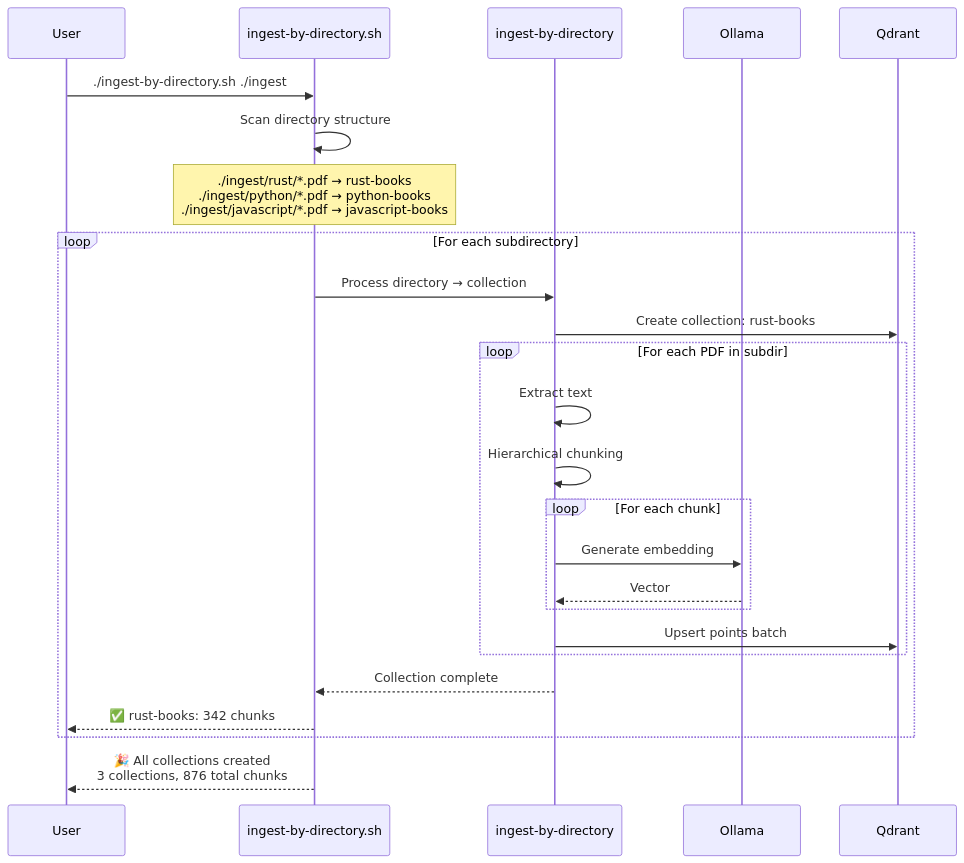
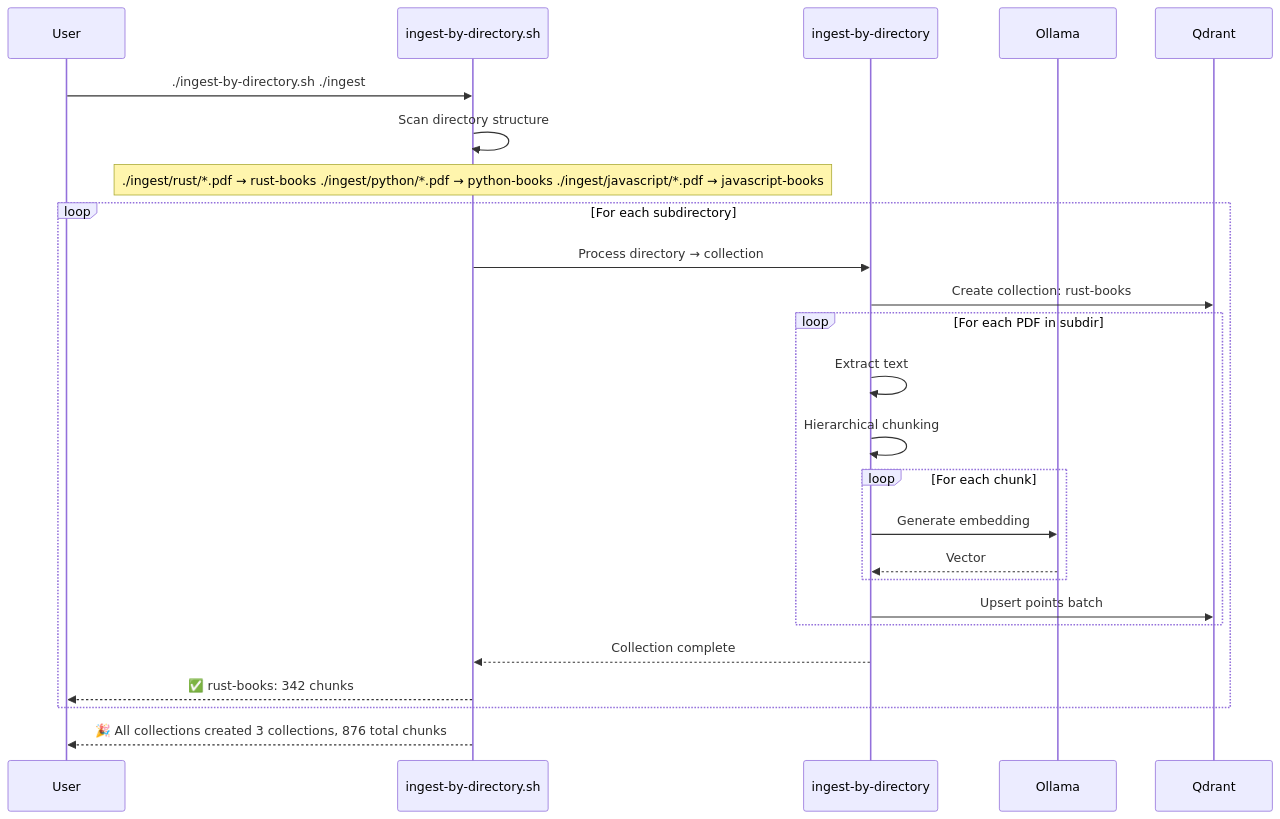
Diagram 11 of 13 in wiki/Data-Flow-Diagrams.md (softwarewrighter/rag-demo), drawn with Mermaid before and after one commit. The commit also changed other lines of this file and 7 other files, not shown here.

````diff
--- a/wiki/Data-Flow-Diagrams.md
+++ b/wiki/Data-Flow-Diagrams.md
@@ -391,36 +391,36 @@
 ```mermaid
 sequenceDiagram
     participant User
     participant Script as ingest-by-directory.sh
     participant IBD as ingest-by-directory
     participant Ollama
     participant Qdrant
 
     User->>Script: ./ingest-by-directory.sh ./ingest
     Script->>Script: Scan directory structure
 
-    Note over Script: ./ingest/rust/*.pdf → rust-books<br/>./ingest/python/*.pdf → python-books<br/>./ingest/javascript/*.pdf → javascript-books
+    Note over Script: ./ingest/rust/*.pdf → rust-books ./ingest/python/*.pdf → python-books ./ingest/javascript/*.pdf → javascript-books
 
     loop For each subdirectory
         Script->>IBD: Process directory → collection
 
         IBD->>Qdrant: Create collection: rust-books
 
         loop For each PDF in subdir
             IBD->>IBD: Extract text
             IBD->>IBD: Hierarchical chunking
 
             loop For each chunk
                 IBD->>Ollama: Generate embedding
                 Ollama-->>IBD: Vector
             end
 
             IBD->>Qdrant: Upsert points batch
         end
 
         IBD-->>Script: Collection complete
         Script-->>User: ✅ rust-books: 342 chunks
     end
 
-    Script-->>User: 🎉 All collections created<br/>3 collections, 876 total chunks
+    Script-->>User: 🎉 All collections created 3 collections, 876 total chunks
 ```
````
